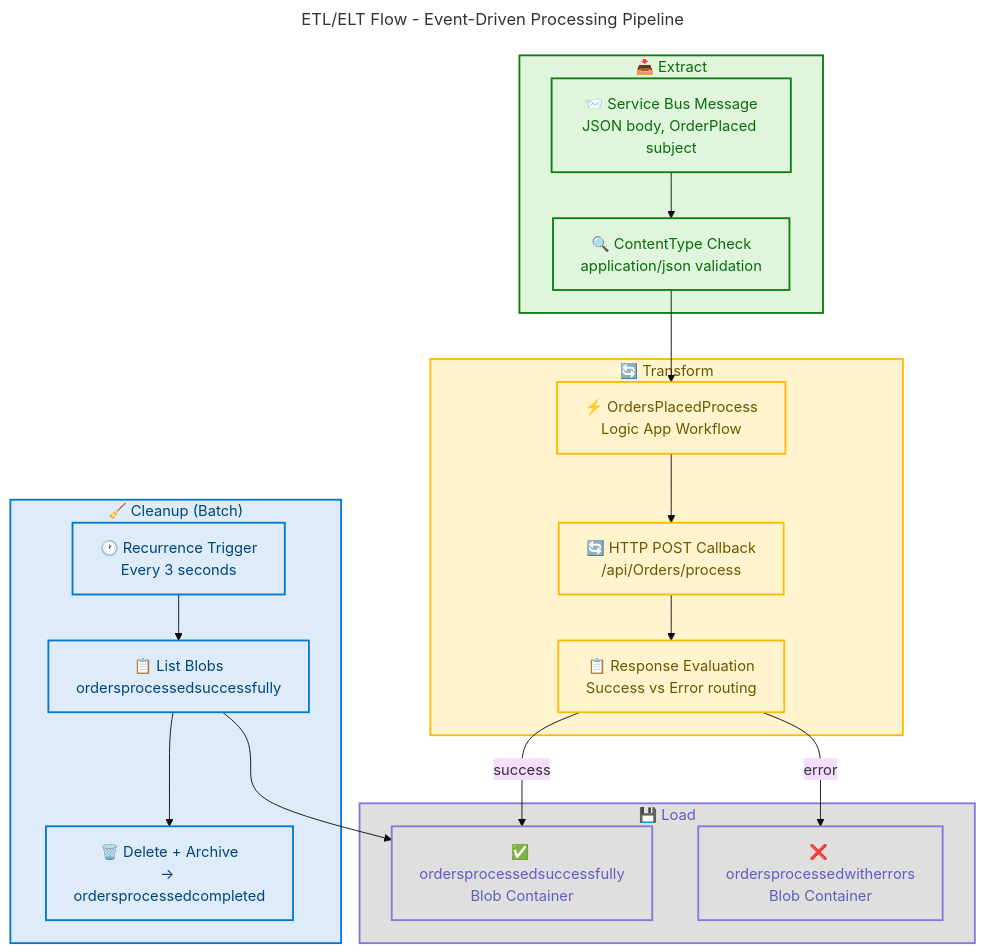
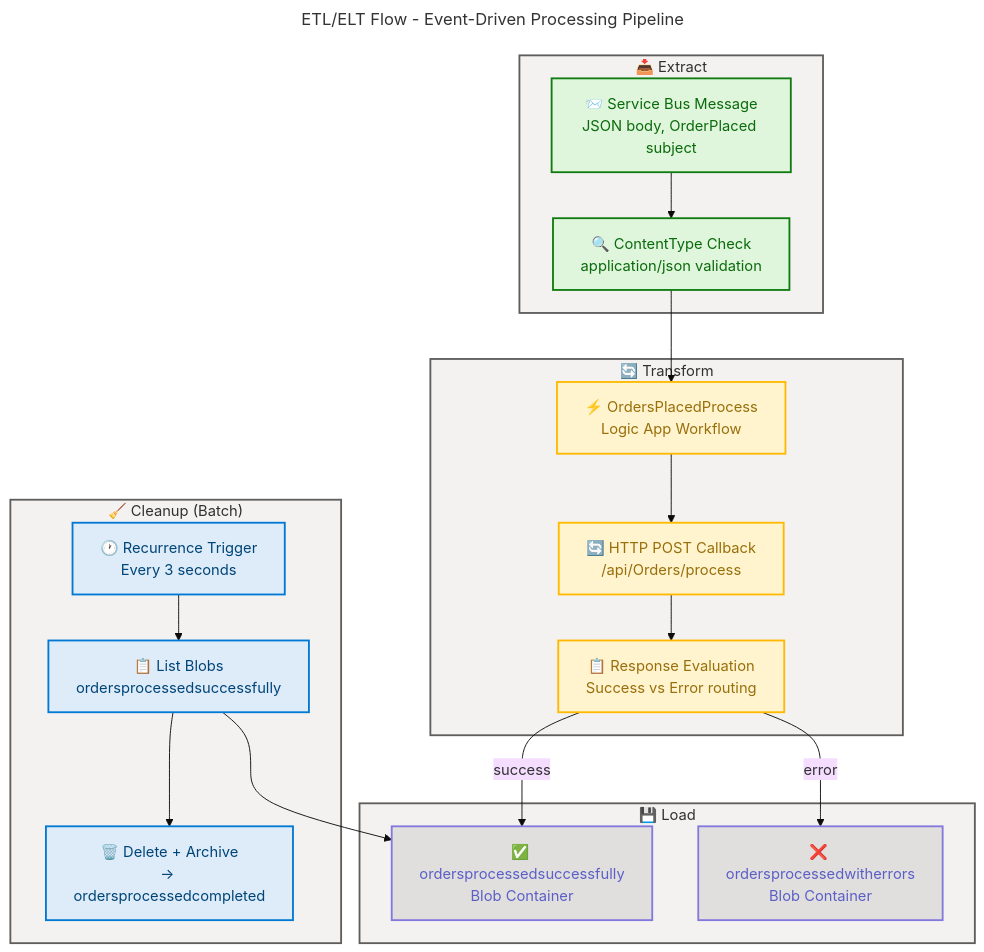
Before and after one commit to Evilazaro/Azure-LogicApps-Monitoring: diagram 12 of 13 in docs/architecture/data-architecture.md, drawn with Mermaid. The commit also changed other lines of this file and 1 other file, not shown here.

Commit message:
Refactor styling in architecture diagrams for improved visual consistency and clarity

````diff
--- a/docs/architecture/data-architecture.md
+++ b/docs/architecture/data-architecture.md
@@ -980,61 +980,61 @@
 ```mermaid
 ---
 title: ETL/ELT Flow - Event-Driven Processing Pipeline
 config:
   theme: base
   look: classic
   layout: dagre
   themeVariables:
     fontSize: '16px'
   flowchart:
     htmlLabels: true
 ---
 flowchart TB
     accTitle: ETL ELT Flow Diagram
     accDescr: Shows the event-driven ETL processing pipeline from order ingestion through Service Bus to Logic App workflow processing and blob storage
 
     %% ═══════════════════════════════════════════════════════════════════════════
     %% AZURE / FLUENT ARCHITECTURE PATTERN v1.1
     %% ═══════════════════════════════════════════════════════════════════════════
 
     subgraph EXTRACT ["📥 Extract"]
         E1["📨 Service Bus Message<br/>JSON body, OrderPlaced subject"]:::messaging
         E2["🔍 ContentType Check<br/>application/json validation"]:::messaging
     end
-    style EXTRACT fill:#DFF6DD,stroke:#107C10,stroke-width:2px,color:#0B6A0B
+    style EXTRACT fill:#F3F2F1,stroke:#605E5C,stroke-width:2px,color:#323130
 
     subgraph TRANSFORM_ETL ["🔄 Transform"]
         T1["⚡ OrdersPlacedProcess<br/>Logic App Workflow"]:::workflow
         T2["🔄 HTTP POST Callback<br/>/api/Orders/process"]:::workflow
         T3["📋 Response Evaluation<br/>Success vs Error routing"]:::workflow
     end
-    style TRANSFORM_ETL fill:#FFF4CE,stroke:#FFB900,stroke-width:2px,color:#6B5700
+    style TRANSFORM_ETL fill:#F3F2F1,stroke:#605E5C,stroke-width:2px,color:#323130
 
     subgraph LOAD ["💾 Load"]
         L1["✅ ordersprocessedsuccessfully<br/>Blob Container"]:::storage
         L2["❌ ordersprocessedwitherrors<br/>Blob Container"]:::storage
     end
-    style LOAD fill:#E1DFDD,stroke:#8378DE,stroke-width:2px,color:#5B5FC7
+    style LOAD fill:#F3F2F1,stroke:#605E5C,stroke-width:2px,color:#323130
 
     subgraph CLEANUP ["🧹 Cleanup (Batch)"]
         CL1["🕐 Recurrence Trigger<br/>Every 3 seconds"]:::core
         CL2["📋 List Blobs<br/>ordersprocessedsuccessfully"]:::core
         CL3["🗑️ Delete + Archive<br/>→ ordersprocessedcompleted"]:::core
     end
-    style CLEANUP fill:#DEECF9,stroke:#0078D4,stroke-width:2px,color:#004578
+    style CLEANUP fill:#F3F2F1,stroke:#605E5C,stroke-width:2px,color:#323130
 
     E1 --> E2
     E2 --> T1
     T1 --> T2
     T2 --> T3
     T3 -->|"success"| L1
     T3 -->|"error"| L2
     CL1 --> CL2
     CL2 --> L1
     CL2 --> CL3
 
     classDef core fill:#DEECF9,stroke:#0078D4,stroke-width:2px,color:#004578
     classDef messaging fill:#DFF6DD,stroke:#107C10,stroke-width:2px,color:#0B6A0B
-    classDef workflow fill:#FFF4CE,stroke:#FFB900,stroke-width:2px,color:#6B5700
+    classDef workflow fill:#FFF4CE,stroke:#FFB900,stroke-width:2px,color:#986F0B
     classDef storage fill:#E1DFDD,stroke:#8378DE,stroke-width:2px,color:#5B5FC7
 ```
````
